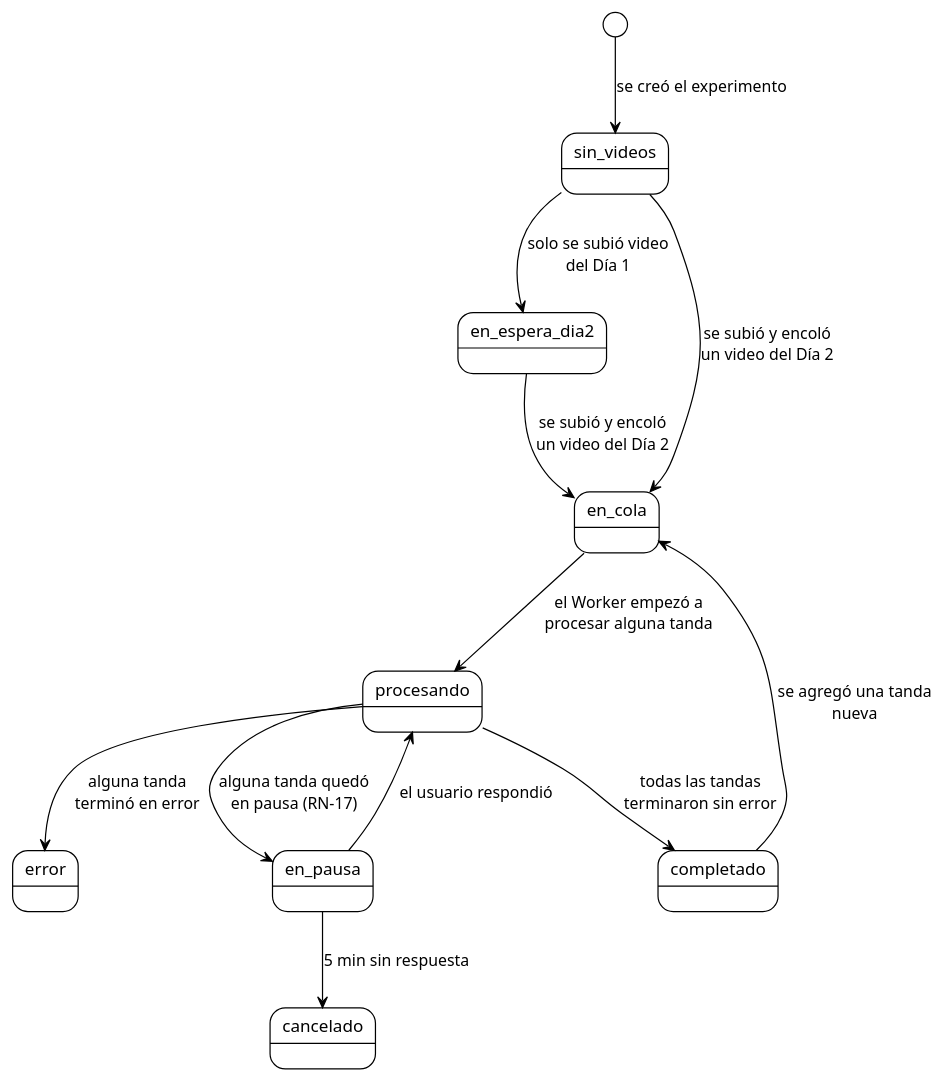
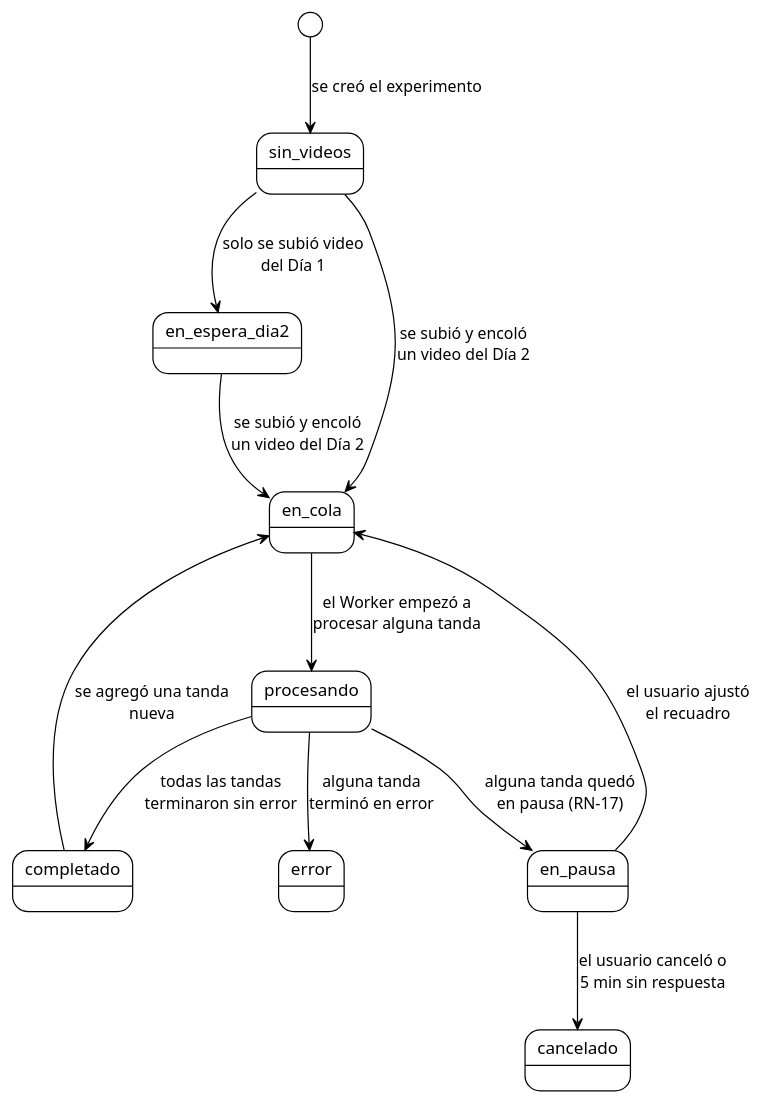
Before and after one commit to ErickJester/fst-ai-system-latex: diagram 15 of 39 in INSTRUCCIONES-WEB.md, drawn with PlantUML. The commit also changed other lines of this file and 28 other files, not shown here.

````diff
--- a/INSTRUCCIONES-WEB.md
+++ b/INSTRUCCIONES-WEB.md
@@ -1661,20 +1747,20 @@
 ```plantuml
 @startuml estados_experimento
 !theme plain
 skinparam defaultFontName Arial
 skinparam shadowing false
 ' El estado del experimento NO se guarda: se calcula a partir de los
 ' analisis de todas sus tandas. Precedencia: error > cancelado > en pausa > procesando > en cola > completado.
 [*] --> sin_videos : se creó el experimento
 sin_videos --> en_espera_dia2 : solo se subió video\ndel Día 1
 sin_videos --> en_cola : se subió y encoló\nun video del Día 2
 en_espera_dia2 --> en_cola : se subió y encoló\nun video del Día 2
 en_cola --> procesando : el Worker empezó a\nprocesar alguna tanda
 procesando --> completado : todas las tandas\nterminaron sin error
 procesando --> error : alguna tanda\nterminó en error
 procesando --> en_pausa : alguna tanda quedó\nen pausa (RN-17)
-en_pausa --> procesando : el usuario respondió
-en_pausa --> cancelado : 5 min sin respuesta
+en_pausa --> en_cola : el usuario ajustó\nel recuadro
+en_pausa --> cancelado : el usuario canceló o\n5 min sin respuesta
 completado --> en_cola : se agregó una tanda\nnueva
 @enduml
 ```
````
